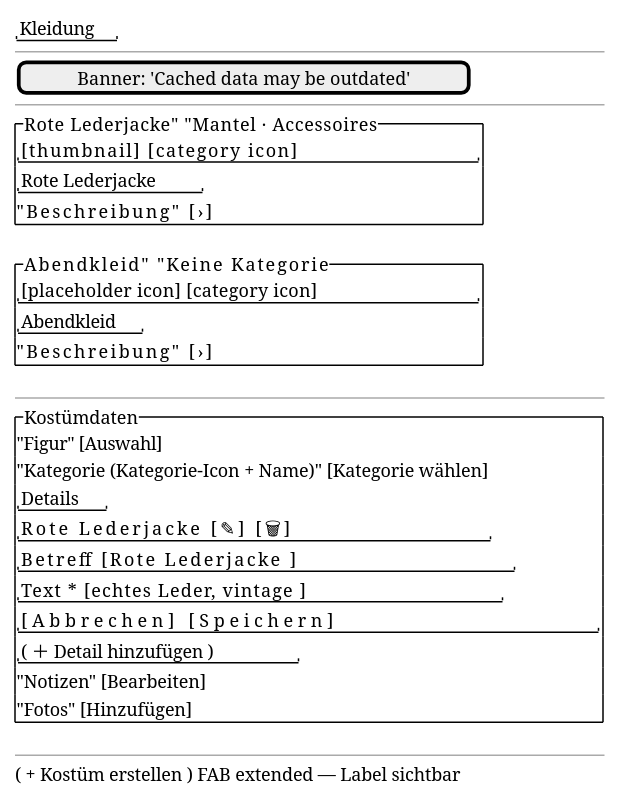
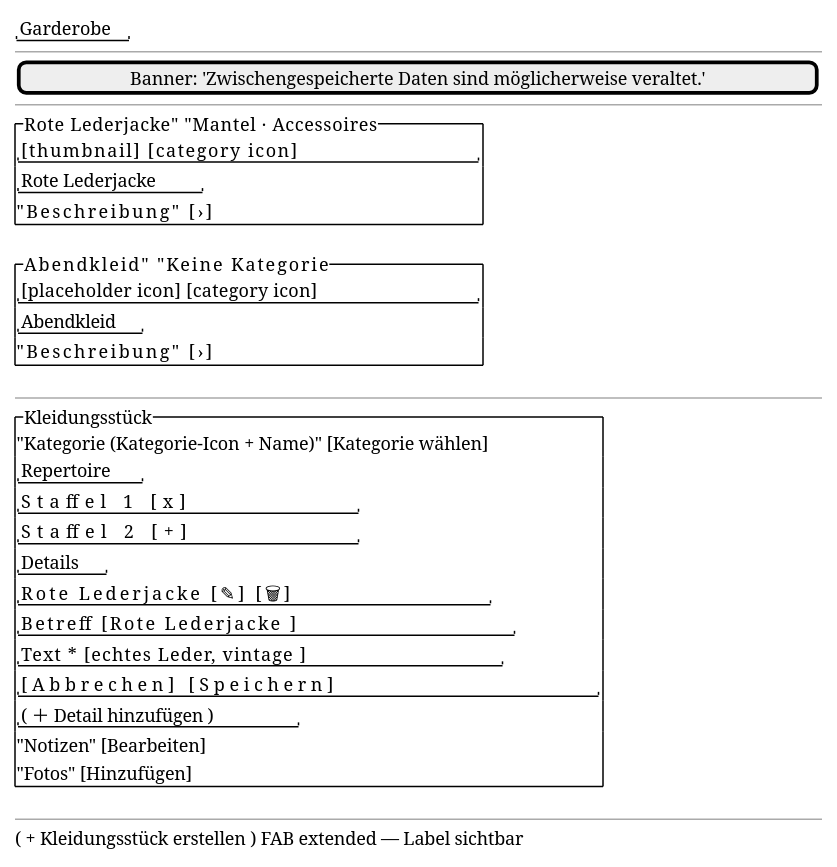
Before and after one commit to tradem/breakdown-rs: the diagram in docs/design/screens/pieces.md, drawn with PlantUML. The commit also changed other lines of this file and 25 other files, not shown here.

````diff
--- a/docs/design/screens/pieces.md
+++ b/docs/design/screens/pieces.md
@@ -17,32 +40,34 @@
 ```plantuml
 @startsalt
 {
-  "Kleidung"
+  "Garderobe"
   --
-  [Banner: 'Cached data may be outdated']
+  [Banner: 'Zwischengespeicherte Daten sind möglicherweise veraltet.']
   --
   {^ "Rote Lederjacke"       "Mantel · Accessoires"
      " [thumbnail]           [category icon]"
      "Rote Lederjacke"
      "Beschreibung"          [›]}
   {^ "Abendkleid"             "Keine Kategorie"
      " [placeholder icon]    [category icon]"
      "Abendkleid"
      "Beschreibung"          [›]}
   --
-  {^ "Kostümdaten"
-     "Figur" [Auswahl]
+  {^ "Kleidungsstück"
      "Kategorie (Kategorie-Icon + Name)" [Kategorie wählen]
+     "Repertoire"
+     "Staffel 1                [x]"
+     "Staffel 2                [+]"
      "Details"
      "Rote Lederjacke                [✎] [🗑]"
      "  Betreff [Rote Lederjacke              ]"
      "  Text *  [echtes Leder, vintage       ]"
      "  [Abbrechen]                        [Speichern]"
      "( ＋ Detail hinzufügen )"
      "Notizen" [Bearbeiten]
      "Fotos" [Hinzufügen]}
   --
-  ( + Kostüm erstellen ) FAB extended — Label sichtbar
+  ( + Kleidungsstück erstellen ) FAB extended — Label sichtbar
 }
 @endsalt
 ```
````
